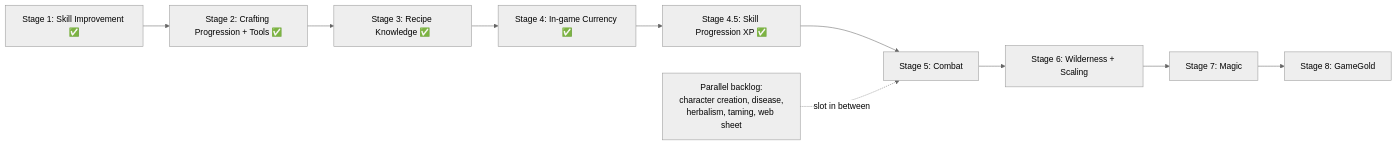
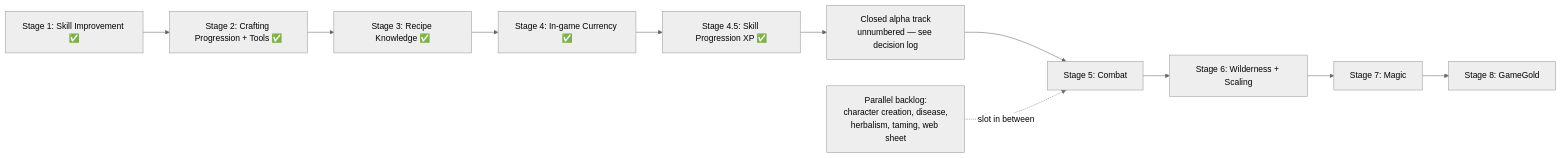
The diagram in docs/roadmap.md (G0dlet/PolishedWorld), drawn with Mermaid (neutral theme) before and after one commit. The commit also changed other lines of this file and 2 other files, not shown here.

First line of the commit message:
docs: decide the alpha track order and cost FAS 1 (roadmap Rev 27, BACKLOG Rev 40)

````diff
--- a/docs/roadmap.md
+++ b/docs/roadmap.md
@@ -100,12 +101,13 @@
 ```mermaid
 graph LR
     S1[Stage 1: Skill Improvement ✅] --> S2[Stage 2: Crafting Progression + Tools ✅]
     S2 --> S3[Stage 3: Recipe Knowledge ✅]
     S3 --> S4[Stage 4: In-game Currency ✅]
     S4 --> S45[Stage 4.5: Skill Progression XP ✅]
-    S45 --> S5[Stage 5: Combat]
+    S45 --> ALPHA[Closed alpha track<br/>unnumbered — see decision log]
+    ALPHA --> S5[Stage 5: Combat]
     S5 --> S6[Stage 6: Wilderness + Scaling]
     S6 --> S7[Stage 7: Magic]
     S7 --> S8[Stage 8: GameGold]
     P[Parallel backlog:<br/>character creation, disease,<br/>herbalism, taming, web sheet] -.slot in between.-> S5
 ```
````
